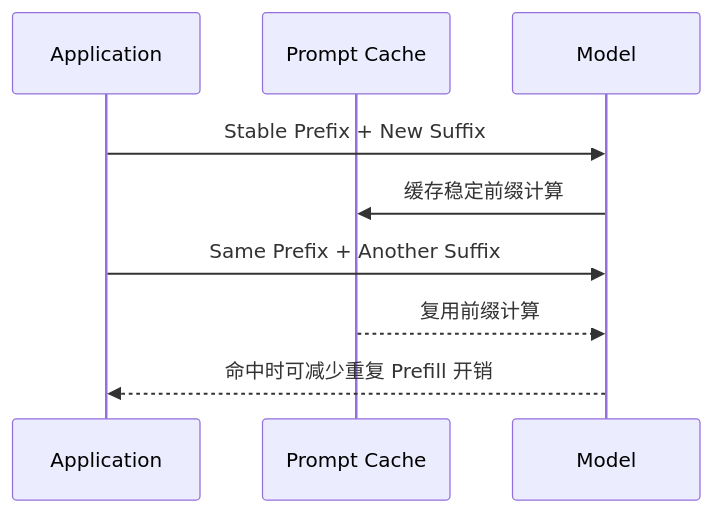
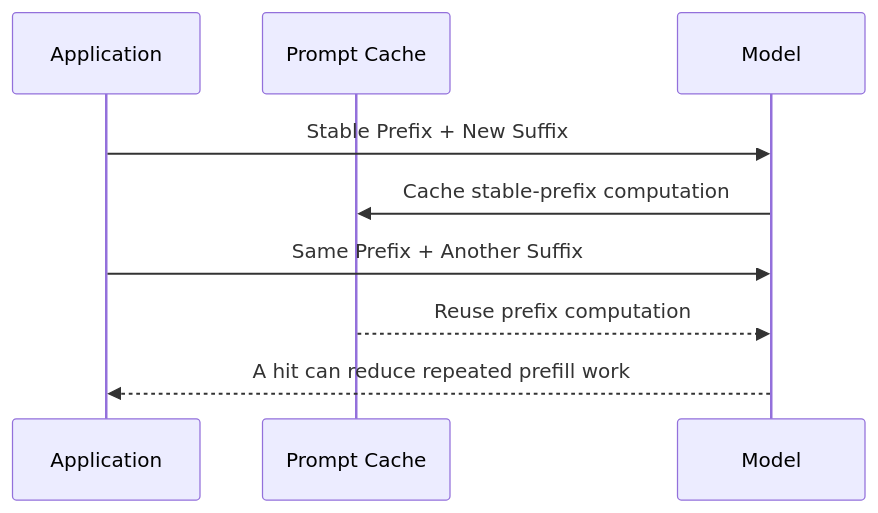
Before and after one commit to oneleaveknowsthefall/awesome-ai-roadmap: diagram 13 of 15 in docs/agent/03-memory-context/10-agent-memory-compression.md, drawn with Mermaid. The commit also changed other lines of this file and 68 other files, not shown here.

````diff
--- a/docs/agent/03-memory-context/10-agent-memory-compression.md
+++ b/docs/agent/03-memory-context/10-agent-memory-compression.md
@@ -730,12 +736,12 @@
 ```mermaid
 sequenceDiagram
     participant A as Application
     participant C as Prompt Cache
     participant M as Model
 
     A->>M: Stable Prefix + New Suffix
-    M->>C: 缓存稳定前缀计算
+    M->>C: Cache stable-prefix computation
     A->>M: Same Prefix + Another Suffix
-    C-->>M: 复用前缀计算
-    M-->>A: 命中时可减少重复 Prefill 开销
+    C-->>M: Reuse prefix computation
+    M-->>A: A hit can reduce repeated prefill work
 ```
````
